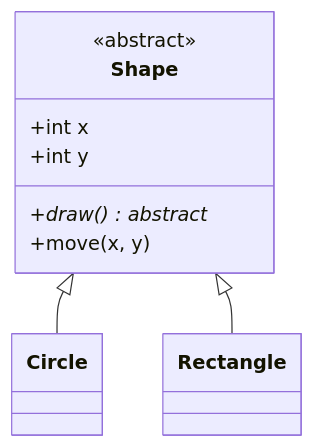
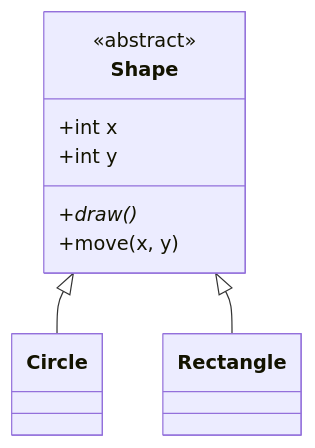
Before and after one commit to costa-marcello/skillkit: diagram 12 of 20 in skills/mermaid-diagrams/references/class-diagrams.md, drawn with Mermaid. The commit also changed other lines of this file and 10 other files, not shown here.

First line of the commit message:
Fix 13 Mermaid syntax errors and sharpen best practices across reference docs

````diff
--- a/skills/mermaid-diagrams/references/class-diagrams.md
+++ b/skills/mermaid-diagrams/references/class-diagrams.md
@@ -217,13 +217,13 @@
 ```mermaid
 classDiagram
     class Shape {
         <<abstract>>
         +int x
         +int y
-        +draw()* abstract
+        +draw()*
         +move(x, y)
     }
 
     Shape <|-- Circle
     Shape <|-- Rectangle
 ```
````
